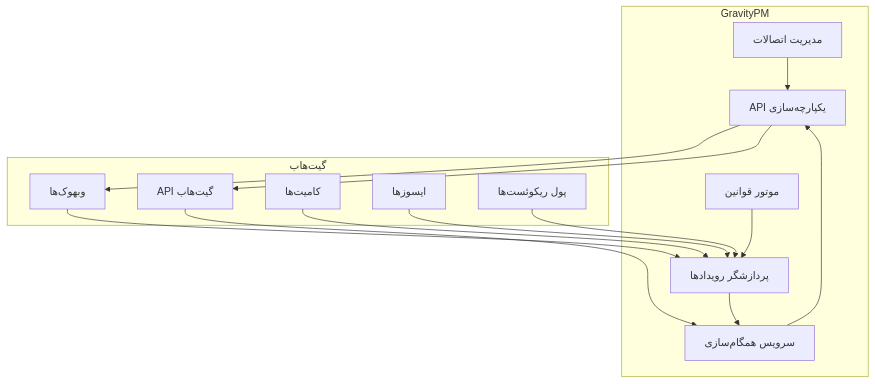
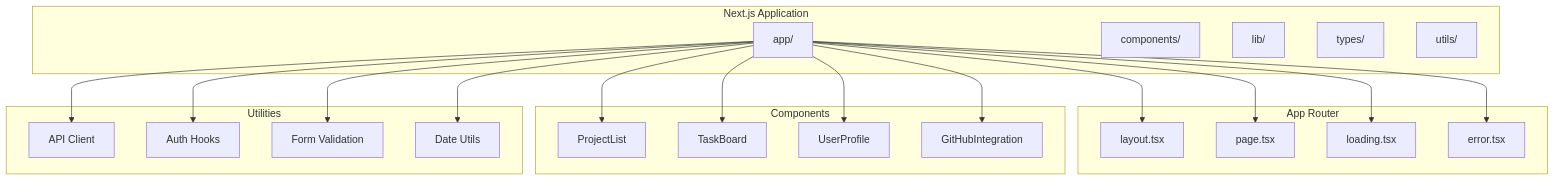
Before and after one commit to Shakour-Data/GravityManagement: the third of 8 diagrams in Docs/Architecture_doc.md, drawn with Mermaid. The commit also changed other lines of this file, not shown here.

First line of the commit message:
docs: Update architecture documentation to reflect new tech stack

````diff
--- a/Docs/Architecture_doc.md
+++ b/Docs/Architecture_doc.md
@@ -769,31 +138,44 @@
 ```mermaid
 graph TB
-    subgraph "GravityPM"
-        A[API یکپارچه‌سازی]
-        B[سرویس همگام‌سازی]
-        C[مدیریت اتصالات]
-        D[پردازشگر رویدادها]
-        E[موتور قوانین]
+    subgraph "Next.js Application"
+        A[app/]
+        B[components/]
+        C[lib/]
+        D[types/]
+        E[utils/]
     end
 
-    subgraph "گیت‌هاب"
-        F[وبهوک‌ها]
-        G[API گیت‌هاب]
-        H[کامیت‌ها]
-        I[ایسوزها]
-        J[پول ریکوئست‌ها]
+    subgraph "App Router"
+        F[layout.tsx]
+        G[page.tsx]
+        H[loading.tsx]
+        I[error.tsx]
+    end
+
+    subgraph "Components"
+        J[ProjectList]
+        K[TaskBoard]
+        L[UserProfile]
+        M[GitHubIntegration]
+    end
+
+    subgraph "Utilities"
+        N[API Client]
+        O[Auth Hooks]
+        P[Form Validation]
+        Q[Date Utils]
     end
 
     A --> F
     A --> G
-    B --> A
-    C --> A
-    D --> B
-    E --> D
-
-    F --> D
-    G --> B
-    H --> D
-    I --> D
-    J --> D
+    A --> H
+    A --> I
+    A --> J
+    A --> K
+    A --> L
+    A --> M
+    A --> N
+    A --> O
+    A --> P
+    A --> Q
 ```
````
